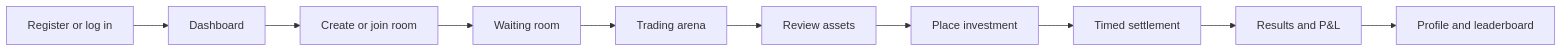
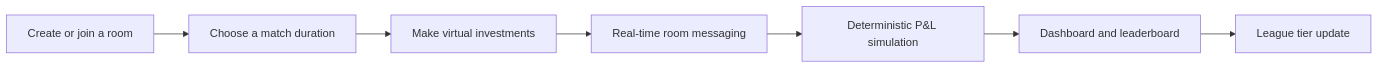
One commit to Nishchal343/TradeLeague changed the diagram in README.md. Above: the diagram before and after it, drawn with Mermaid. The commit also changed other lines of this file and 2 other files, not shown here.

````diff
--- a/README.md
+++ b/README.md
@@ -30,12 +21,9 @@
 ```mermaid
 flowchart LR
-    A[Register or log in] --> B[Dashboard]
-    B --> C[Create or join room]
-    C --> D[Waiting room]
-    D --> E[Trading arena]
-    E --> F[Review assets]
-    F --> G[Place investment]
-    G --> H[Timed settlement]
-    H --> I[Results and P&L]
-    I --> J[Profile and leaderboard]
+    A[Create or join a room] --> B[Choose a match duration]
+    B --> C[Make virtual investments]
+    C --> D[Real-time room messaging]
+    D --> E[Deterministic P&L simulation]
+    E --> F[Dashboard and leaderboard]
+    F --> G[League tier update]
 ```
````
